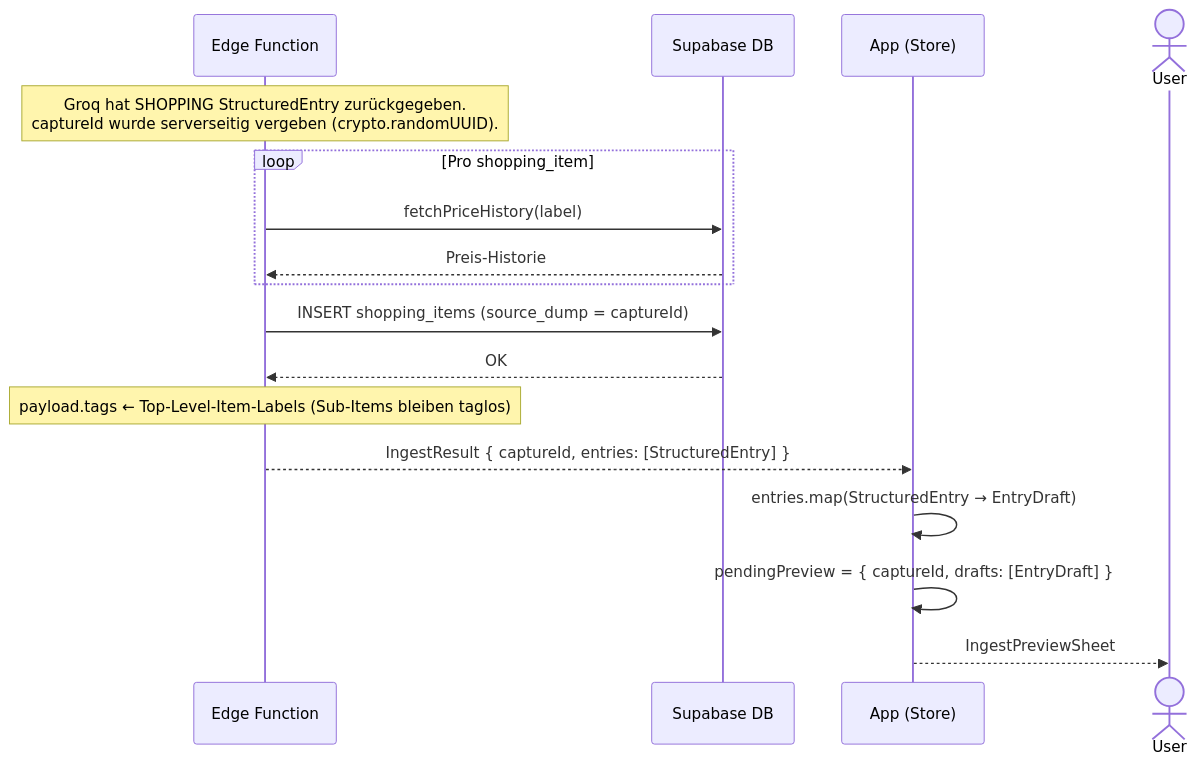
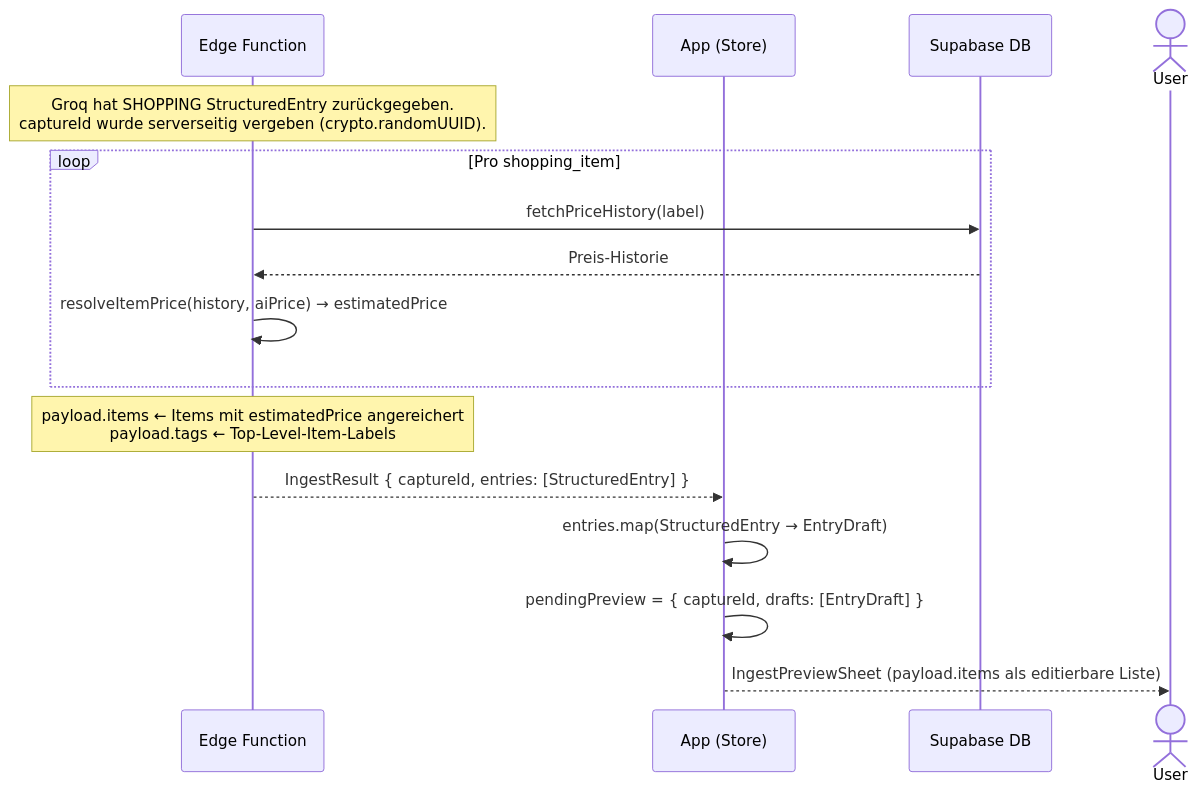
Before and after one commit to mrLevvis/braindump-pwa: the diagram in docs/DIAGRAMS/dump-flow-c.md, drawn with Mermaid. The commit also changed other lines of this file and 8 other files, not shown here.

First line of the commit message:
fix(shopping): SHOPPING-Items erst nach Bestätigung in DB schreiben

````diff
--- a/docs/DIAGRAMS/dump-flow-c.md
+++ b/docs/DIAGRAMS/dump-flow-c.md
@@ -11,23 +12,21 @@
 ```mermaid
 sequenceDiagram
     participant EdgeFn as Edge Function
+    participant App as App (Store)
     participant DB as Supabase DB
-    participant App as App (Store)
     actor User
 
     Note over EdgeFn: Groq hat SHOPPING StructuredEntry zurückgegeben.<br/>captureId wurde serverseitig vergeben (crypto.randomUUID).
 
     loop Pro shopping_item
         EdgeFn->>DB: fetchPriceHistory(label)
         DB-->>EdgeFn: Preis-Historie
+        EdgeFn->>EdgeFn: resolveItemPrice(history, aiPrice) → estimatedPrice
     end
-    EdgeFn->>DB: INSERT shopping_items (source_dump = captureId)
-    DB-->>EdgeFn: OK
-
-    Note over EdgeFn: payload.tags ← Top-Level-Item-Labels (Sub-Items bleiben taglos)
+    Note over EdgeFn: payload.items ← Items mit estimatedPrice angereichert<br/>payload.tags ← Top-Level-Item-Labels
 
     EdgeFn-->>App: IngestResult { captureId, entries: [StructuredEntry] }
     App->>App: entries.map(StructuredEntry → EntryDraft)
     App->>App: pendingPreview = { captureId, drafts: [EntryDraft] }
-    App-->>User: IngestPreviewSheet
+    App-->>User: IngestPreviewSheet (payload.items als editierbare Liste)
 ```
````
